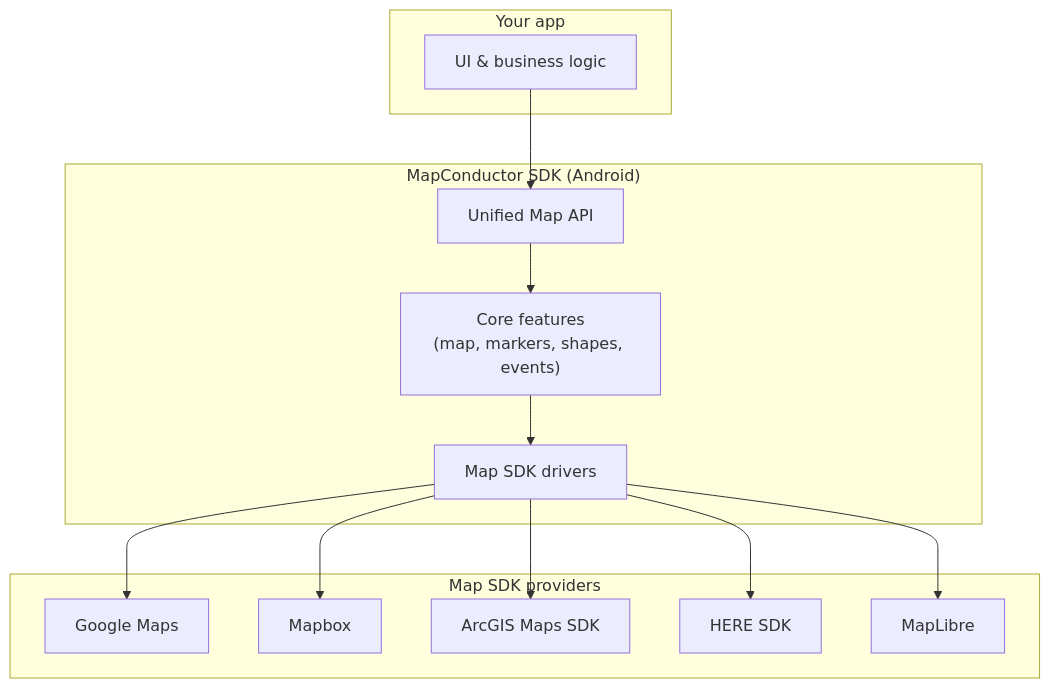
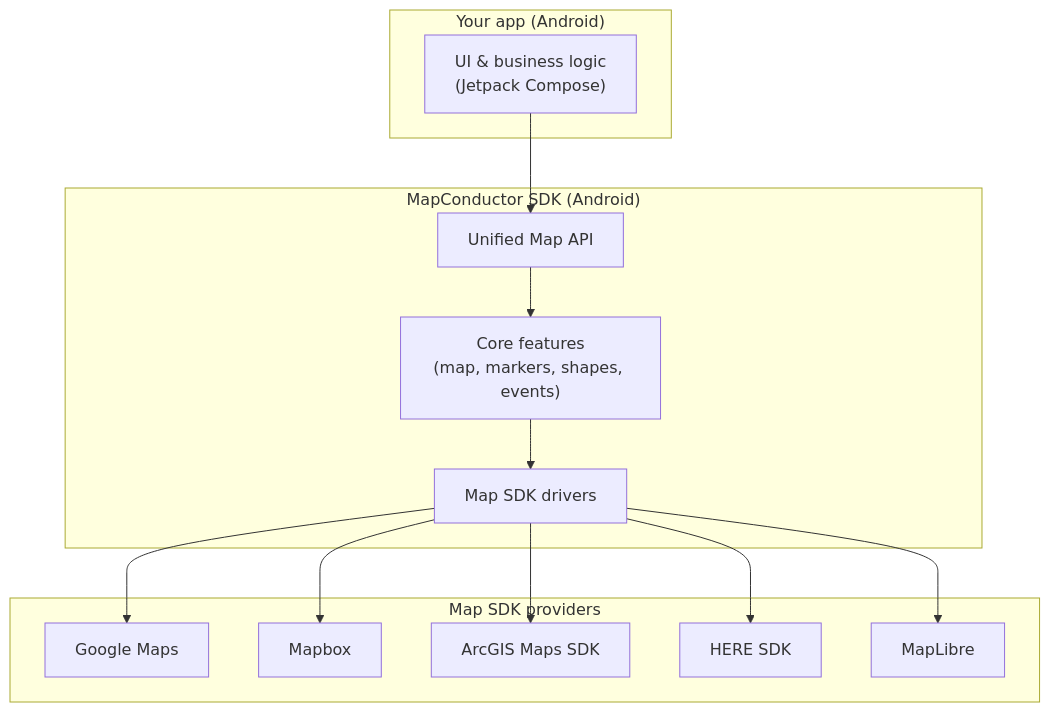
One commit to MapConductor/website changed the first of 2 diagrams in src/content/docs/architecture.md. Above: the diagram before and after it, drawn with Mermaid. The commit also changed other lines of this file and 7 other files, not shown here.

````diff
--- a/src/content/docs/architecture.md
+++ b/src/content/docs/architecture.md
@@ -13,29 +13,29 @@
 ```mermaid
 flowchart TB
-  subgraph App["Your app"]
-    UI["UI & business logic"]
+  subgraph App["Your app (Android)"]
+    UI["UI & business logic<br/>(Jetpack Compose)"]
   end
 
   subgraph MC["MapConductor SDK (Android)"]
     API["Unified Map API"]
     Core["Core features<br/>(map, markers, shapes, events)"]
     Drivers["Map SDK drivers"]
   end
 
   subgraph Providers["Map SDK providers"]
     GMaps["Google Maps"]
     Mapbox["Mapbox"]
     ArcGIS["ArcGIS Maps SDK"]
     HERE["HERE SDK"]
     MapLibre["MapLibre"]
   end
 
   UI --> API
   API --> Core
   Core --> Drivers
   Drivers --> GMaps
   Drivers --> Mapbox
   Drivers --> ArcGIS
   Drivers --> HERE
   Drivers --> MapLibre
 ```
````
